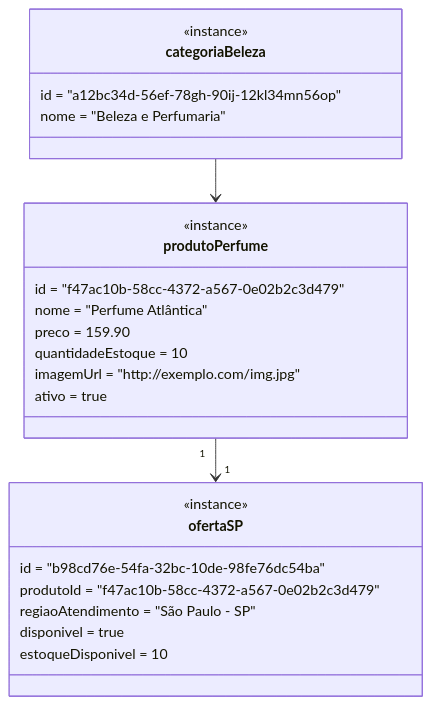
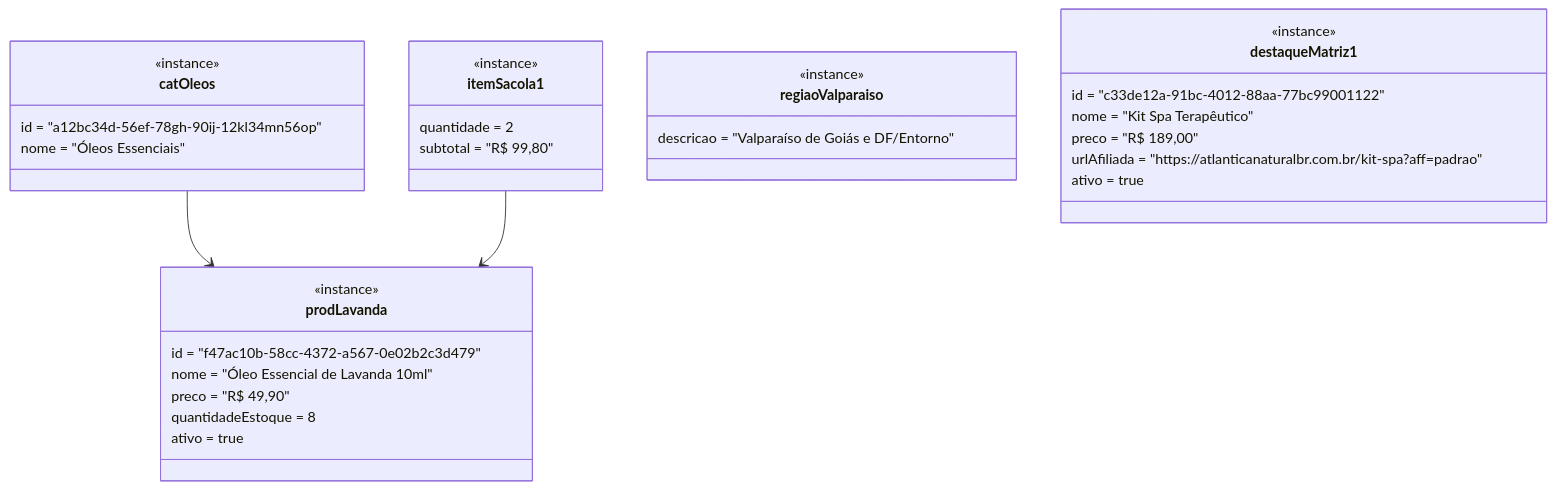
Before and after one commit to LuHenRe/Projeto-Revendedora-Atlantica-Natural: the diagram in docs/arquitetura/09-diagrama-objetos.md, drawn with Mermaid. The commit also changed other lines of this file and 15 other files, not shown here.

Commit message:
docs: adiciona segunda apresentacao e atualiza diagramas e requisitos

````diff
--- a/docs/arquitetura/09-diagrama-objetos.md
+++ b/docs/arquitetura/09-diagrama-objetos.md
@@ -8,28 +8,40 @@
 ```mermaid
 classDiagram
-    class produtoPerfume {
+    class catOleos {
+        <<instance>>
+        id = "a12bc34d-56ef-78gh-90ij-12kl34mn56op"
+        nome = "Óleos Essenciais"
+    }
+
+    class prodLavanda {
         <<instance>>
         id = "f47ac10b-58cc-4372-a567-0e02b2c3d479"
-        nome = "Perfume Atlântica"
-        preco = 159.90
-        quantidadeEstoque = 10
-        imagemUrl = "http://exemplo.com/img.jpg"
+        nome = "Óleo Essencial de Lavanda 10ml"
+        preco = "R$ 49,90"
+        quantidadeEstoque = 8
         ativo = true
     }
-    class categoriaBeleza {
+
+    class itemSacola1 {
         <<instance>>
-        id = "a12bc34d-56ef-78gh-90ij-12kl34mn56op"
-        nome = "Beleza e Perfumaria"
-    }
-    class ofertaSP {
-        <<instance>>
-        id = "b98cd76e-54fa-32bc-10de-98fe76dc54ba"
-        produtoId = "f47ac10b-58cc-4372-a567-0e02b2c3d479"
-        regiaoAtendimento = "São Paulo - SP"
-        disponivel = true
-        estoqueDisponivel = 10
+        quantidade = 2
+        subtotal = "R$ 99,80"
     }
 
-    categoriaBeleza --> produtoPerfume
-    produtoPerfume "1" --> "1" ofertaSP
+    class regiaoValparaiso {
+        <<instance>>
+        descricao = "Valparaíso de Goiás e DF/Entorno"
+    }
+
+    class destaqueMatriz1 {
+        <<instance>>
+        id = "c33de12a-91bc-4012-88aa-77bc99001122"
+        nome = "Kit Spa Terapêutico"
+        preco = "R$ 189,00"
+        urlAfiliada = "https://atlanticanaturalbr.com.br/kit-spa?aff=padrao"
+        ativo = true
+    }
+
+    catOleos --> prodLavanda
+    itemSacola1 --> prodLavanda
 ```
````
